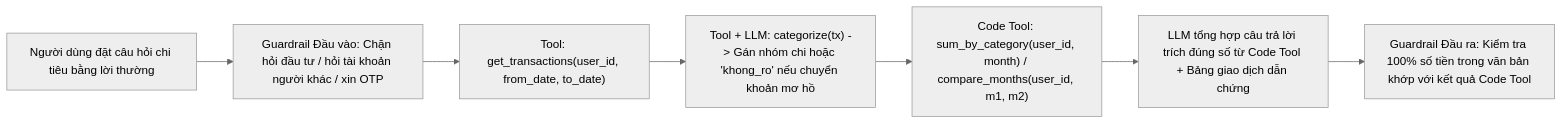
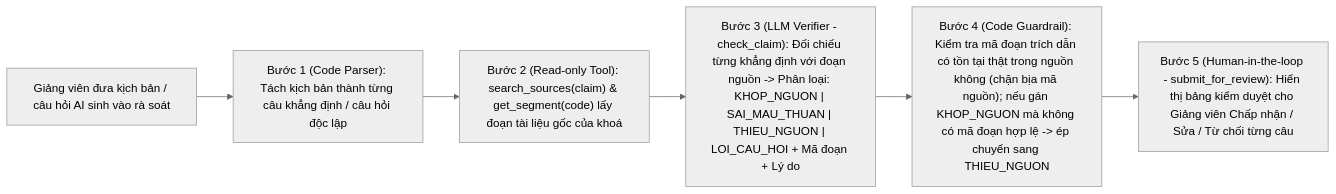
The diagram in spec.md (wewewewe07/K5-Day15-L3B-babydragon), drawn with Mermaid (neutral theme) before and after one commit. The commit also changed other lines of this file and 5 other files, not shown here.

````diff
--- a/spec.md
+++ b/spec.md
@@ -146,9 +51,8 @@
 ```mermaid
 flowchart LR
-    U["Người dùng đặt câu hỏi chi tiêu bằng lời thường"] --> G1["Guardrail Đầu vào: Chặn hỏi đầu tư / hỏi tài khoản người khác / xin OTP"]
-    G1 --> T1["Tool: get_transactions(user_id, from_date, to_date)"]
-    T1 --> C["Tool + LLM: categorize(tx) -> Gán nhóm chi hoặc 'khong_ro' nếu chuyển khoản mơ hồ"]
-    C --> T2["Code Tool: sum_by_category(user_id, month) / compare_months(user_id, m1, m2)"]
-    T2 --> AI["LLM tổng hợp câu trả lời trích đúng số từ Code Tool + Bảng giao dịch dẫn chứng"]
-    AI --> G2["Guardrail Đầu ra: Kiểm tra 100% số tiền trong văn bản khớp với kết quả Code Tool"]
+    U["Giảng viên đưa kịch bản / câu hỏi AI sinh vào rà soát"] --> S1["Bước 1 (Code Parser): Tách kịch bản thành từng câu khẳng định / câu hỏi độc lập"]
+    S1 --> S2["Bước 2 (Read-only Tool): search_sources(claim) & get_segment(code) lấy đoạn tài liệu gốc của khoá"]
+    S2 --> S3["Bước 3 (LLM Verifier - check_claim): Đối chiếu từng khẳng định với đoạn nguồn -> Phân loại: KHOP_NGUON | SAI_MAU_THUAN | THIEU_NGUON | LOI_CAU_HOI + Mã đoạn + Lý do"]
+    S3 --> G["Bước 4 (Code Guardrail): Kiểm tra mã đoạn trích dẫn có tồn tại thật trong nguồn không (chặn bịa mã nguồn); nếu gán KHOP_NGUON mà không có mã đoạn hợp lệ -> ép chuyển sang THIEU_NGUON"]
+    G --> H["Bước 5 (Human-in-the-loop - submit_for_review): Hiển thị bảng kiểm duyệt cho Giảng viên Chấp nhận / Sửa / Từ chối từng câu"]
 ```
````
